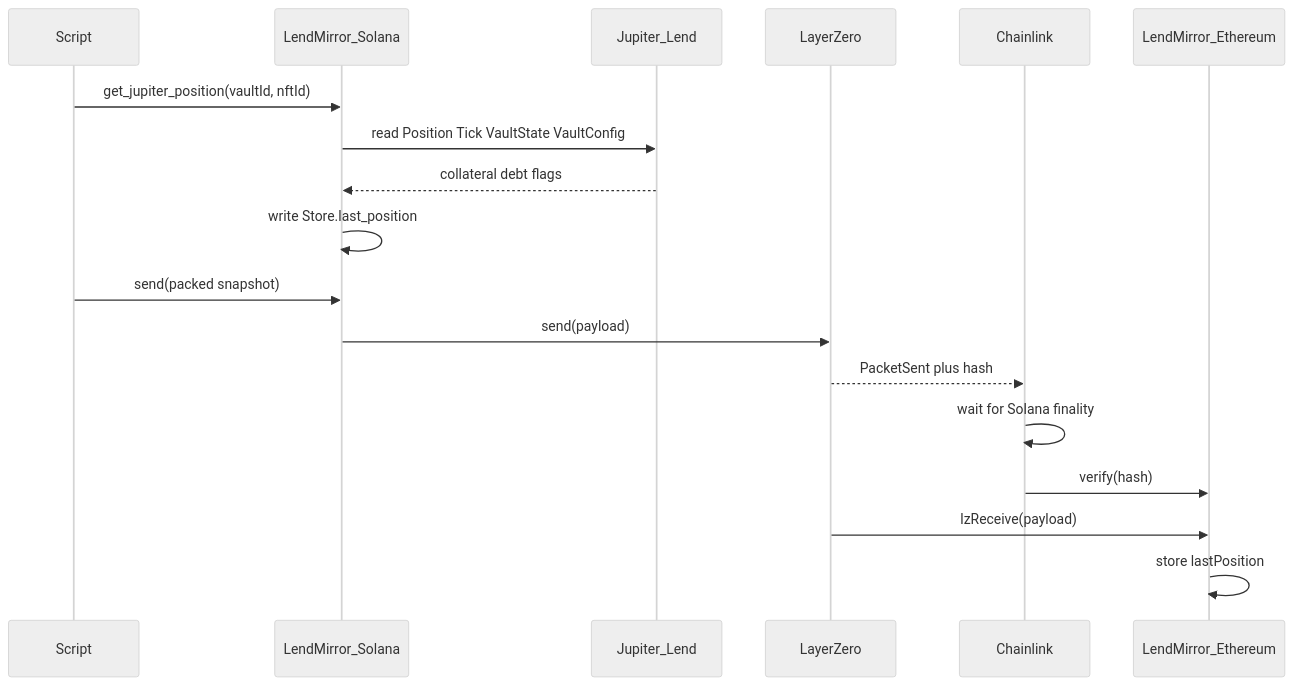
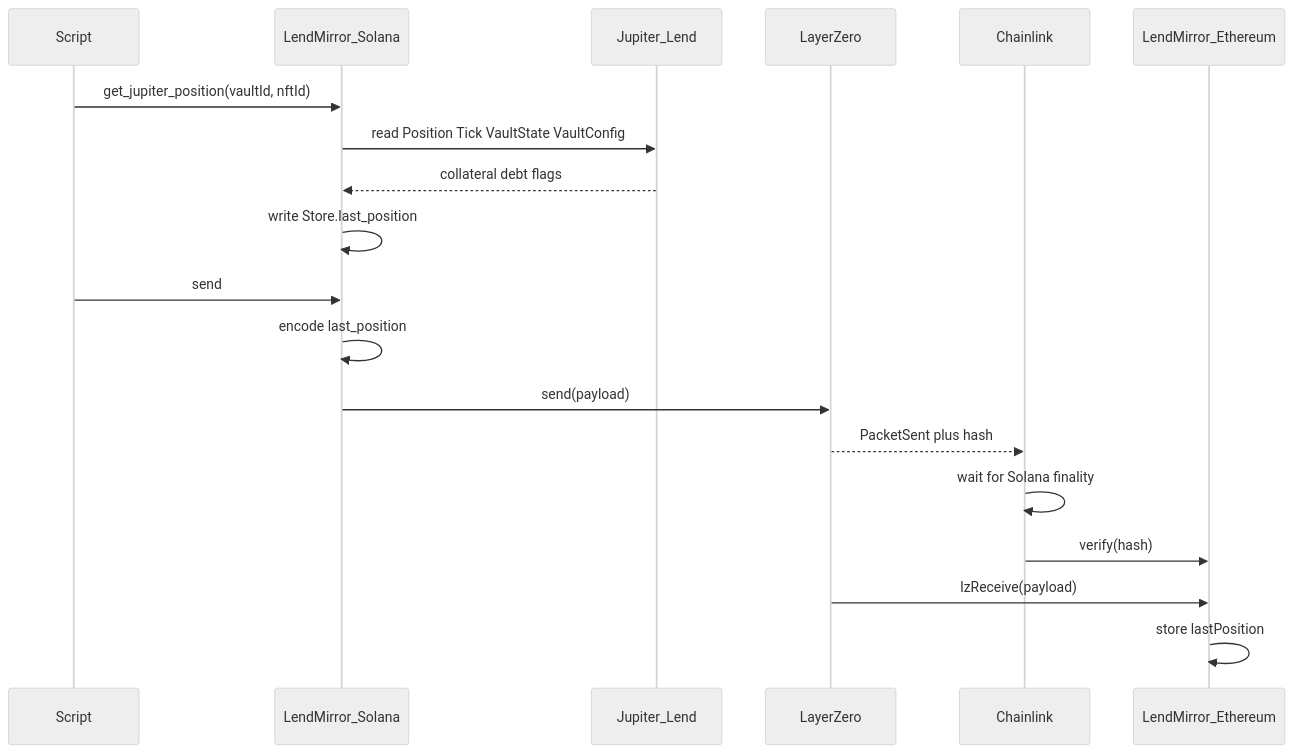
The diagram in readme.md (avyactjain/lendmirror), drawn with Mermaid (neutral theme) before and after one commit. The commit also changed other lines of this file and 2 other files, not shown here.

````diff
--- a/readme.md
+++ b/readme.md
@@ -28,21 +29,22 @@
 ```mermaid
 sequenceDiagram
     participant Script
     participant SolanaProgram as LendMirror_Solana
     participant Jupiter as Jupiter_Lend
     participant LZ as LayerZero
     participant CL as Chainlink
     participant Eth as LendMirror_Ethereum
 
     Script->>SolanaProgram: get_jupiter_position(vaultId, nftId)
     SolanaProgram->>Jupiter: read Position Tick VaultState VaultConfig
     Jupiter-->>SolanaProgram: collateral debt flags
     SolanaProgram->>SolanaProgram: write Store.last_position
-    Script->>SolanaProgram: send(packed snapshot)
+    Script->>SolanaProgram: send
+    SolanaProgram->>SolanaProgram: encode last_position
     SolanaProgram->>LZ: send(payload)
     LZ-->>CL: PacketSent plus hash
     CL->>CL: wait for Solana finality
     CL->>Eth: verify(hash)
     LZ->>Eth: lzReceive(payload)
     Eth->>Eth: store lastPosition
 ```
````
